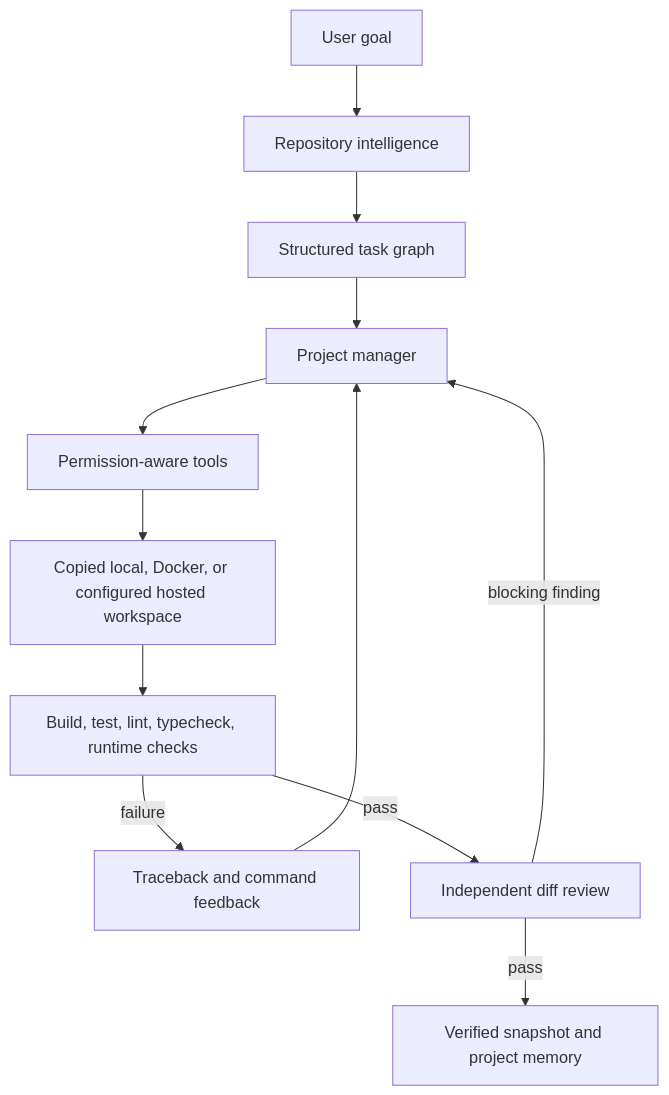
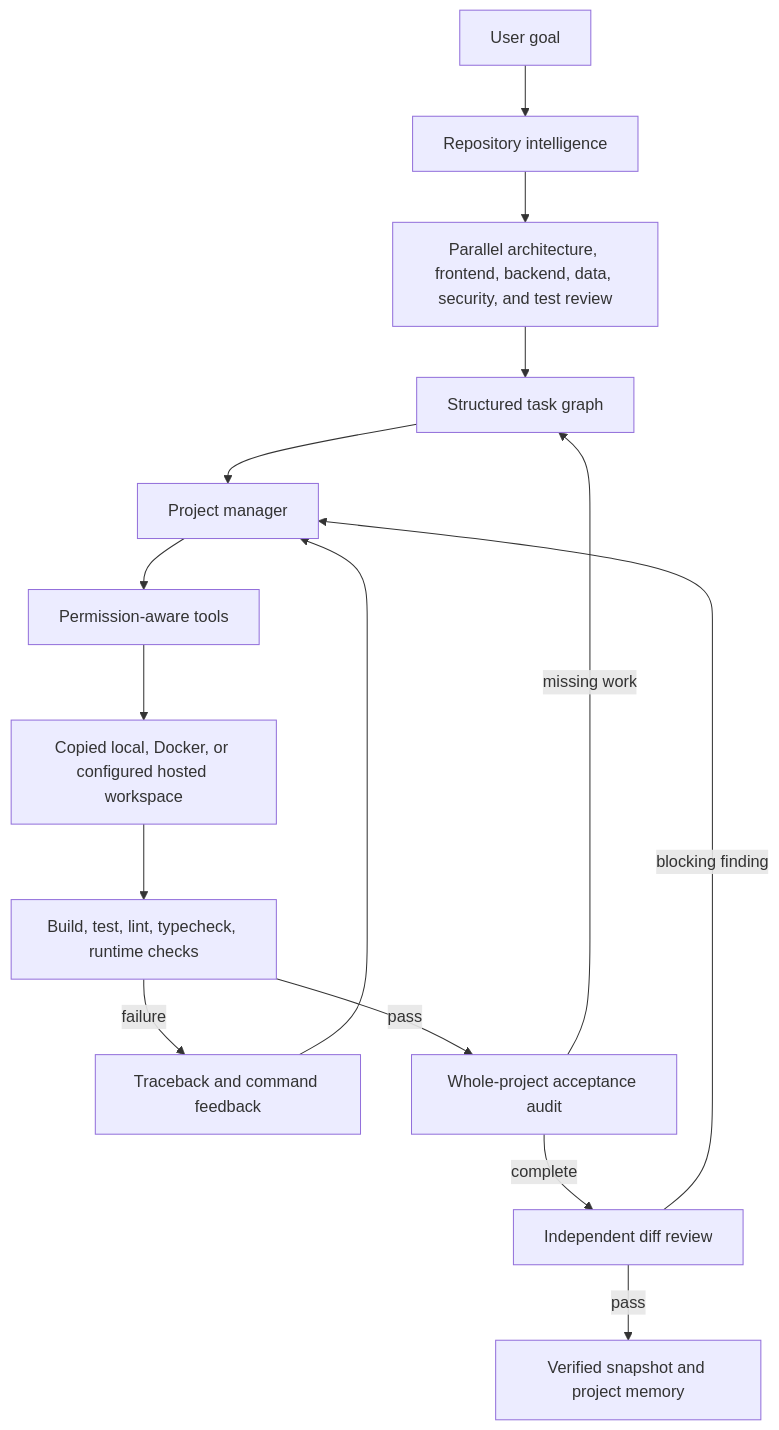
One commit to awais-akhtar/OpenAgent changed the diagram in docs/AUTONOMOUS_SOFTWARE_ENGINEERING.md. Above: the diagram before and after it, drawn with Mermaid. The commit also changed other lines of this file and 11 other files, not shown here.

````diff
--- a/docs/AUTONOMOUS_SOFTWARE_ENGINEERING.md
+++ b/docs/AUTONOMOUS_SOFTWARE_ENGINEERING.md
@@ -7,14 +7,17 @@
 ```mermaid
 flowchart TD
     U["User goal"] --> R["Repository intelligence"]
-    R --> P["Structured task graph"]
+    R --> A["Parallel architecture, frontend, backend, data, security, and test review"]
+    A --> P["Structured task graph"]
     P --> O["Project manager"]
     O --> T["Permission-aware tools"]
     T --> S["Copied local, Docker, or configured hosted workspace"]
     S --> V["Build, test, lint, typecheck, runtime checks"]
     V -->|failure| D["Traceback and command feedback"]
     D --> O
-    V -->|pass| C["Independent diff review"]
+    V -->|pass| W["Whole-project acceptance audit"]
+    W -->|missing work| P
+    W -->|complete| C["Independent diff review"]
     C -->|blocking finding| O
     C -->|pass| F["Verified snapshot and project memory"]
 ```
````
